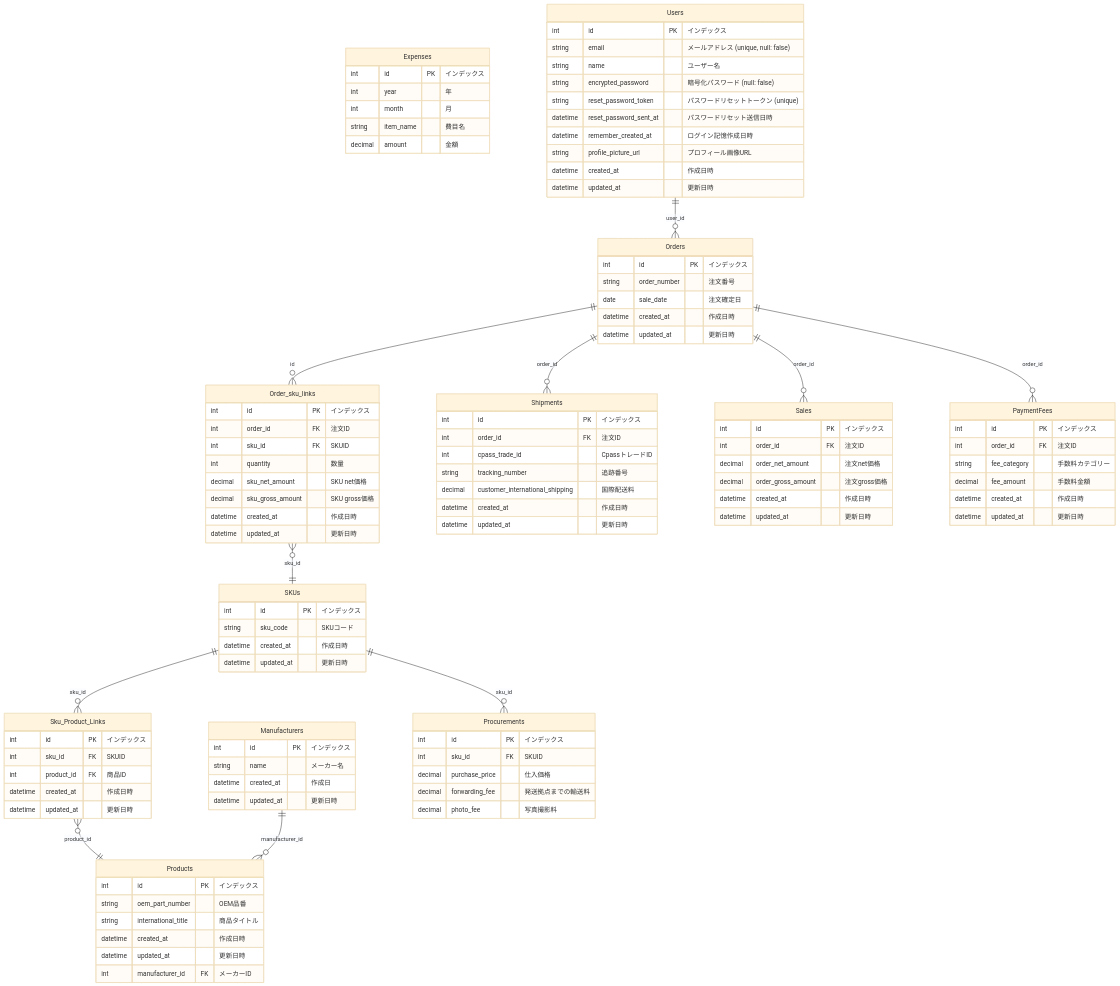
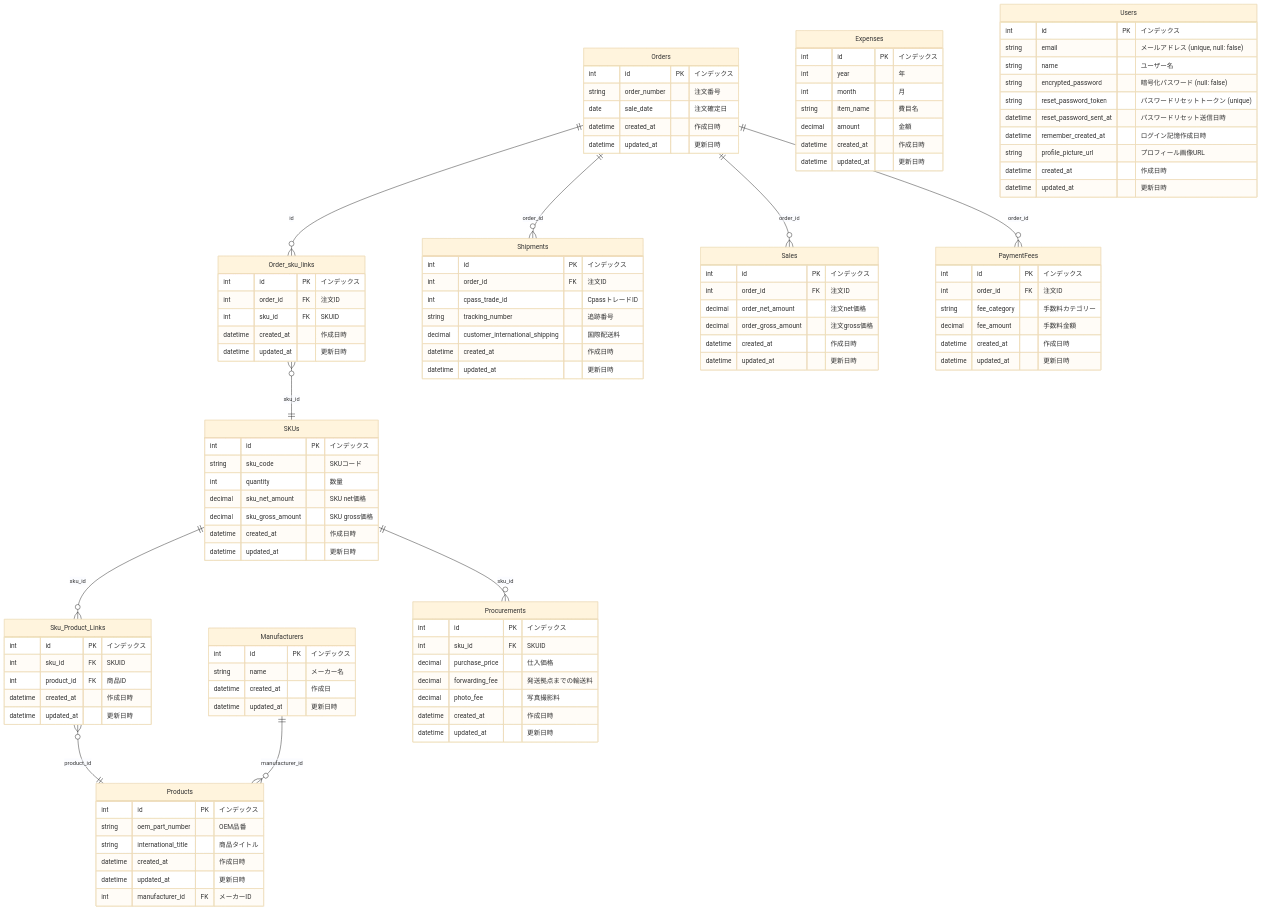
The diagram in mermaid.mmd (masaengineer/parts-sync-tool), drawn with Mermaid (base theme) before and after one commit. The commit also changed 3 other files, not shown here.

```diff
--- a/mermaid.mmd
+++ b/mermaid.mmd
@@ -1,118 +1,120 @@
 erDiagram
     Orders {
         int id PK "インデックス"
         string order_number "注文番号"
         date sale_date "注文確定日"
         datetime created_at "作成日時"
         datetime updated_at "更新日時"
     }
 
     Order_sku_links {
         int id PK "インデックス"
         int order_id FK "注文ID"
         int sku_id FK "SKUID"
-        int quantity "数量"
-        decimal sku_net_amount "SKU net価格"
-        decimal sku_gross_amount "SKU gross価格"
         datetime created_at "作成日時"
         datetime updated_at "更新日時"
     }
 
     SKUs {
         int id PK "インデックス"
         string sku_code "SKUコード"
+        int quantity "数量"
+        decimal sku_net_amount "SKU net価格"
+        decimal sku_gross_amount "SKU gross価格"
         datetime created_at "作成日時"
         datetime updated_at "更新日時"
     }
-
     Sku_Product_Links {
         int id PK "インデックス"
         int sku_id FK "SKUID"
         int product_id FK "商品ID"
         datetime created_at "作成日時"
         datetime updated_at "更新日時"
     }
 
     Products {
         int id PK "インデックス"
         string oem_part_number "OEM品番"
         string international_title "商品タイトル"
         datetime created_at "作成日時"
         datetime updated_at "更新日時"
         int manufacturer_id FK "メーカーID"
     }
 
     Manufacturers {
         int id PK "インデックス"
         string name "メーカー名"
         datetime created_at "作成日"
         datetime updated_at "更新日時"
     }
 
     Shipments {
         int id PK "インデックス"
         int order_id FK "注文ID"
         int cpass_trade_id "CpassトレードID"
         string tracking_number "追跡番号"
         decimal customer_international_shipping "国際配送料"
         datetime created_at "作成日時"
         datetime updated_at "更新日時"
     }
 
     Procurements {
         int id PK "インデックス"
         int sku_id FK "SKUID"
         decimal purchase_price "仕入価格"
         decimal forwarding_fee "発送拠点までの輸送料"
         decimal photo_fee "写真撮影料"
+        datetime created_at "作成日時"
+        datetime updated_at "更新日時"
     }
 
     Sales {
         int id PK "インデックス"
         int order_id FK "注文ID"
         decimal order_net_amount "注文net価格"
         decimal order_gross_amount "注文gross価格"
         datetime created_at "作成日時"
         datetime updated_at "更新日時"
     }
 
     PaymentFees {
         int id PK "インデックス"
         int order_id FK "注文ID"
         string fee_category "手数料カテゴリー"
         decimal fee_amount "手数料金額"
         datetime created_at "作成日時"
         datetime updated_at "更新日時"
     }
 
     Expenses {
         int id PK "インデックス"
         int year "年"
         int month "月"
         string item_name "費目名"
         decimal amount "金額"
+        datetime created_at "作成日時"
+        datetime updated_at "更新日時"
     }
 
     Users {
         int id PK "インデックス"
         string email "メールアドレス (unique, null: false)"
         string name "ユーザー名"
         string encrypted_password "暗号化パスワード (null: false)"
         string reset_password_token "パスワードリセットトークン (unique)"
         datetime reset_password_sent_at "パスワードリセット送信日時"
         datetime remember_created_at "ログイン記憶作成日時"
         string profile_picture_url "プロフィール画像URL"
         datetime created_at "作成日時"
         datetime updated_at "更新日時"
     }
 
     Orders ||--o{ Order_sku_links : "id"
     Order_sku_links }o--|| SKUs : "sku_id"
-    Users ||--o{ Orders : "user_id"
     SKUs ||--o{ Sku_Product_Links : "sku_id"
     Sku_Product_Links }o--|| Products : "product_id"
     Orders ||--o{ Shipments : "order_id"
     Orders ||--o{ Sales : "order_id"
     Orders ||--o{ PaymentFees : "order_id"
     Manufacturers ||--o{ Products : "manufacturer_id"
     SKUs ||--o{ Procurements : "sku_id"
```
